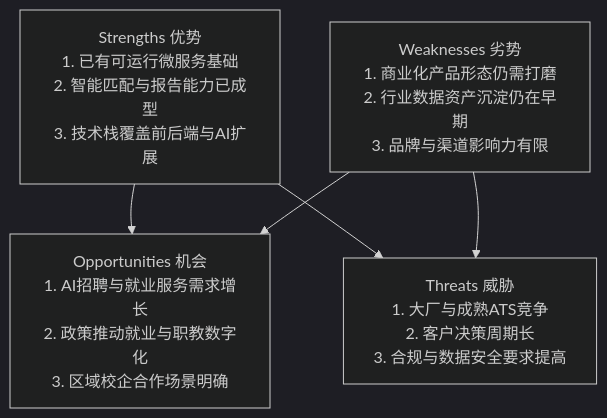
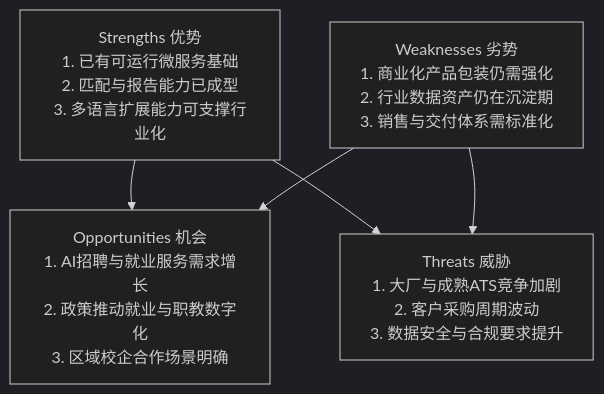
Before and after one commit to swordreforge/Job-manner-review-system: the first of 4 diagrams in docs/智能岗位评价与一体化招聘管理平台-商业计划书.md, drawn with Mermaid (dark theme). The commit also changed other lines of this file, not shown here.

````diff
--- a/docs/智能岗位评价与一体化招聘管理平台-商业计划书.md
+++ b/docs/智能岗位评价与一体化招聘管理平台-商业计划书.md
@@ -59,12 +66,12 @@
 ```mermaid
 graph TD
-    S[Strengths 优势<br/>1. 已有可运行微服务基础<br/>2. 智能匹配与报告能力已成型<br/>3. 技术栈覆盖前后端与AI扩展]
-    W[Weaknesses 劣势<br/>1. 商业化产品形态仍需打磨<br/>2. 行业数据资产沉淀仍在早期<br/>3. 品牌与渠道影响力有限]
+    S[Strengths 优势<br/>1. 已有可运行微服务基础<br/>2. 匹配与报告能力已成型<br/>3. 多语言扩展能力可支撑行业化]
+    W[Weaknesses 劣势<br/>1. 商业化产品包装仍需强化<br/>2. 行业数据资产仍在沉淀期<br/>3. 销售与交付体系需标准化]
     O[Opportunities 机会<br/>1. AI招聘与就业服务需求增长<br/>2. 政策推动就业与职教数字化<br/>3. 区域校企合作场景明确]
-    T[Threats 威胁<br/>1. 大厂与成熟ATS竞争<br/>2. 客户决策周期长<br/>3. 合规与数据安全要求提高]
+    T[Threats 威胁<br/>1. 大厂与成熟ATS竞争加剧<br/>2. 客户采购周期波动<br/>3. 数据安全与合规要求提升]
 
     S --> O
     W --> O
     S --> T
     W --> T
 ```
````
